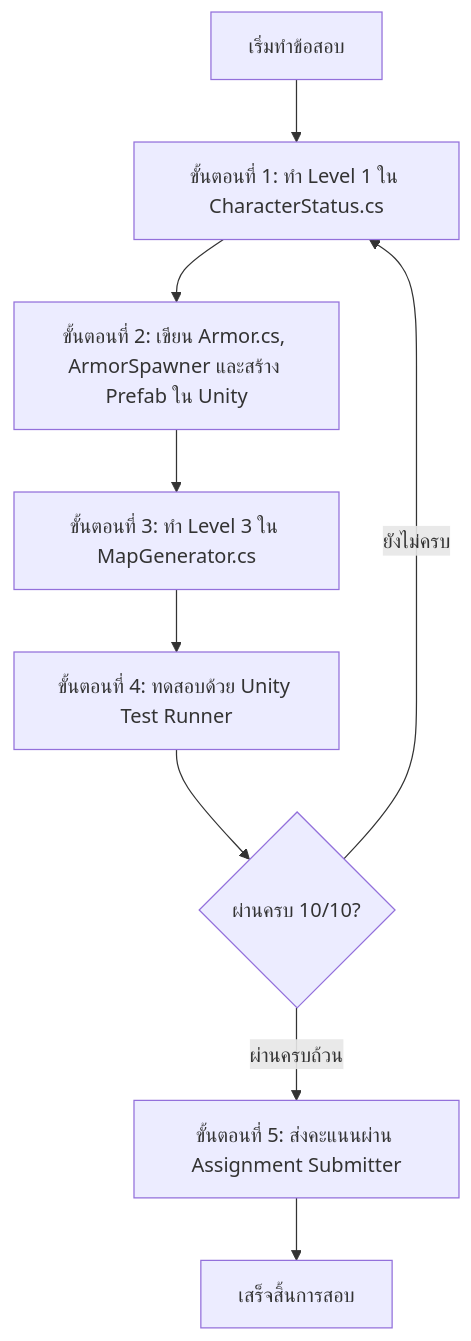
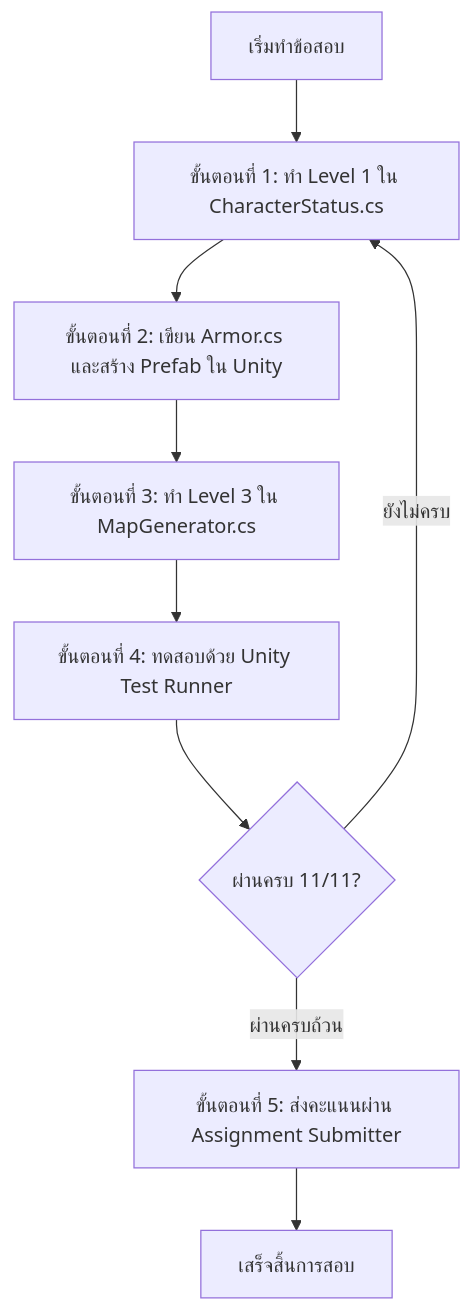
One commit to jirawat9ball/2569-IGD-23267-Basic-Game-Programming changed the diagram in Assets/Scripts/Workspace/Week08/Instruction-th.md. Above: the diagram before and after it, drawn with Mermaid. The commit also changed other lines of this file and 58 other files, not shown here.

````diff
--- a/Assets/Scripts/Workspace/Week08/Instruction-th.md
+++ b/Assets/Scripts/Workspace/Week08/Instruction-th.md
@@ -55,11 +56,11 @@
 ```mermaid
 flowchart TD
     A[เริ่มทำข้อสอบ] --> B[ขั้นตอนที่ 1: ทำ Level 1 ใน CharacterStatus.cs]
-    B --> C[ขั้นตอนที่ 2: เขียน Armor.cs, ArmorSpawner และสร้าง Prefab ใน Unity]
+    B --> C[ขั้นตอนที่ 2: เขียน Armor.cs และสร้าง Prefab ใน Unity]
     C --> D[ขั้นตอนที่ 3: ทำ Level 3 ใน MapGenerator.cs]
     D --> E[ขั้นตอนที่ 4: ทดสอบด้วย Unity Test Runner]
-    E --> F{ผ่านครบ 10/10?}
+    E --> F{ผ่านครบ 11/11?}
     F -- ยังไม่ครบ --> B
     F -- ผ่านครบถ้วน --> G[ขั้นตอนที่ 5: ส่งคะแนนผ่าน Assignment Submitter]
     G --> H[เสร็จสิ้นการสอบ]
 ```
````
